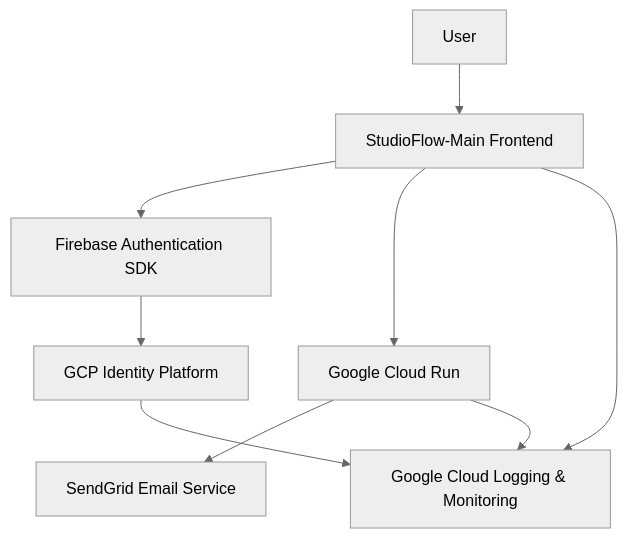
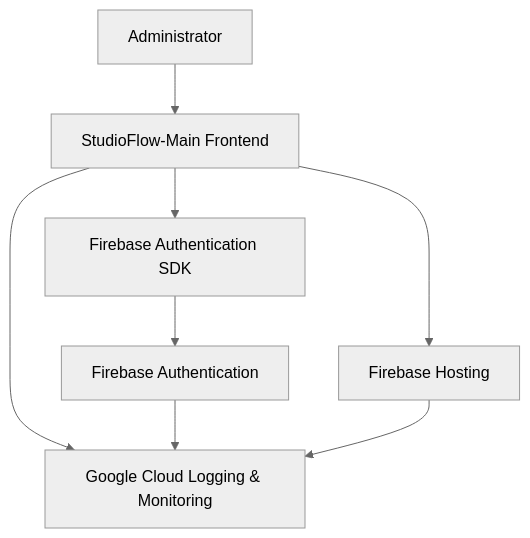
One commit to shaunburgin/SF-AuthService changed the diagram in SF-Main-specification.md. Above: the diagram before and after it, drawn with Mermaid (neutral theme). The commit also changed other lines of this file and 2 other files, not shown here.

````diff
--- a/SF-Main-specification.md
+++ b/SF-Main-specification.md
@@ -75,19 +63,17 @@
 ```mermaid
 graph TD
-    User[User]
+    Admin[Administrator]
     Frontend[StudioFlow-Main Frontend]
     AuthSDK[Firebase Authentication SDK]
-    IdentityPlatform[GCP Identity Platform]
-    CloudRun[Google Cloud Run]
-    SendGrid[SendGrid Email Service]
+    FirebaseAuth[Firebase Authentication]
+    FirebaseHosting[Firebase Hosting]
     Logging[Google Cloud Logging & Monitoring]
     
-    User --> Frontend
+    Admin --> Frontend
     Frontend --> AuthSDK
-    AuthSDK --> IdentityPlatform
-    Frontend --> CloudRun
-    CloudRun --> SendGrid
-    CloudRun --> Logging
-    IdentityPlatform --> Logging
+    AuthSDK --> FirebaseAuth
+    Frontend --> FirebaseHosting
     Frontend --> Logging
+    FirebaseAuth --> Logging
+    FirebaseHosting --> Logging
 ```
````
